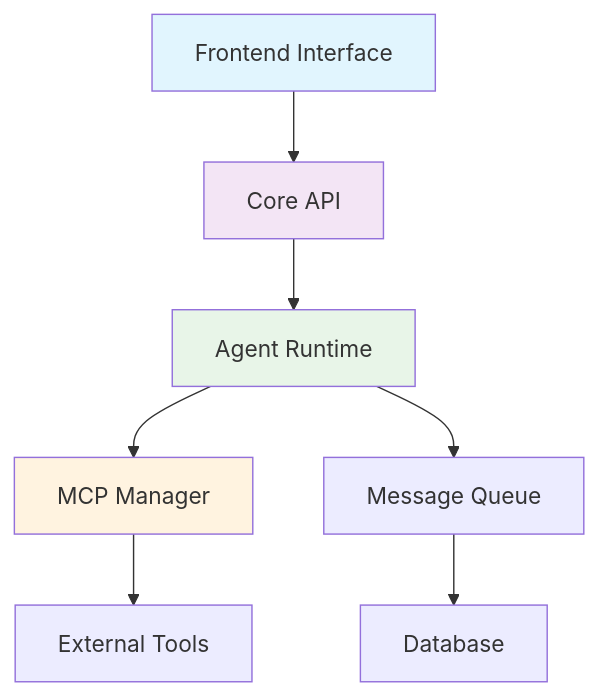
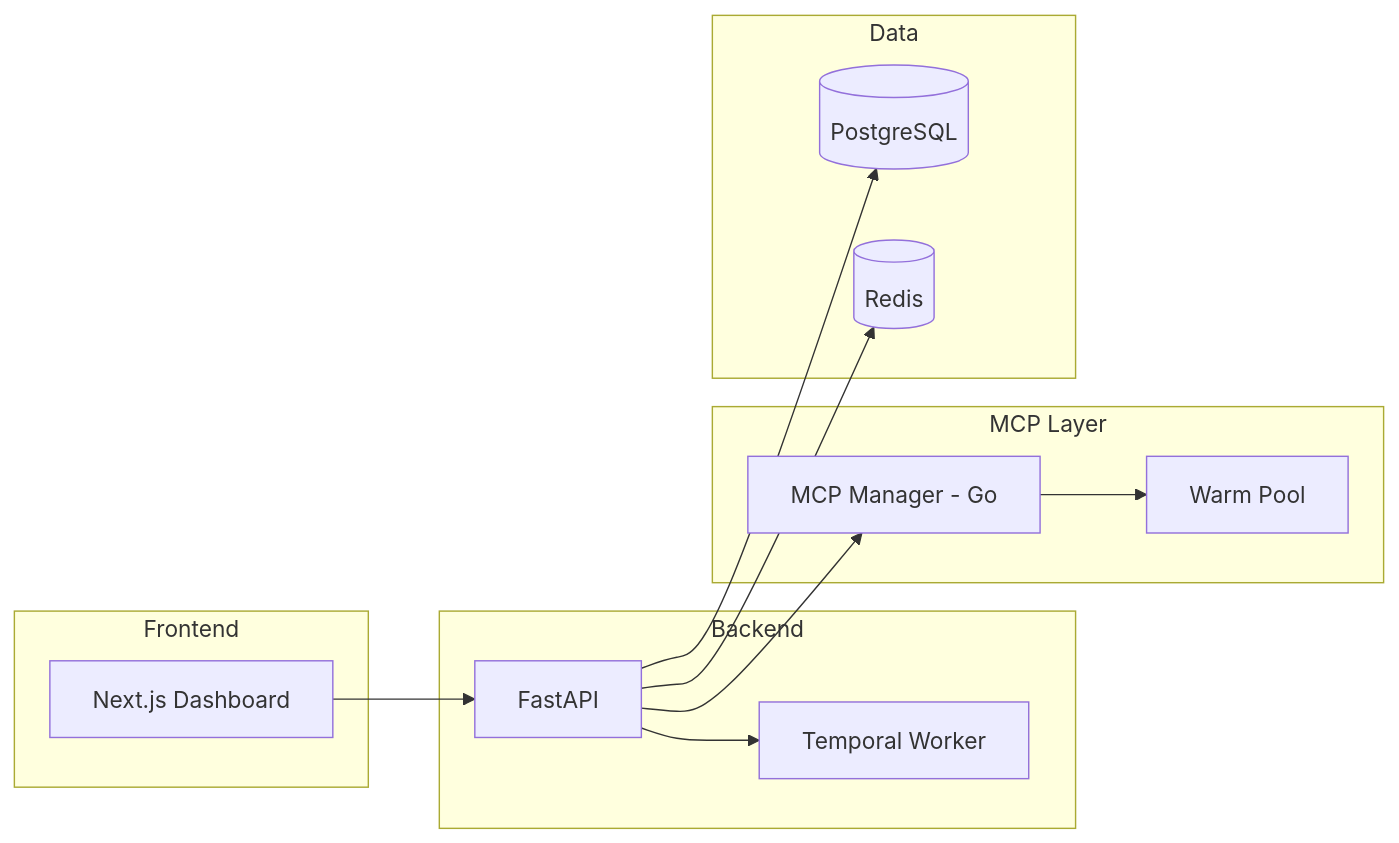
Before and after one commit to agentarea/agentarea: the diagram in docs/welcome.md, drawn with Mermaid. The commit also changed other lines of this file and 136 other files, not shown here.

First line of the commit message:
feat: MCP OAuth, Temporal lifecycle workflows, and instance management

````diff
--- a/docs/welcome.md
+++ b/docs/welcome.md
@@ -78,14 +63,28 @@
 ```mermaid
-graph TD
-    A[Frontend Interface] --> B[Core API]
-    B --> C[Agent Runtime]
-    C --> D[MCP Manager]
-    C --> E[Message Queue]
-    D --> F[External Tools]
-    E --> G[Database]
+graph LR
+    subgraph "Frontend"
+        A[Next.js Dashboard]
+    end
     
-    style A fill:#e1f5fe
-    style B fill:#f3e5f5
-    style C fill:#e8f5e8
-    style D fill:#fff3e0
+    subgraph "Backend"
+        B[FastAPI]
+        C[Temporal Worker]
+    end
+    
+    subgraph "MCP Layer"
+        D[MCP Manager - Go]
+        E[Warm Pool]
+    end
+    
+    subgraph "Data"
+        F[(PostgreSQL)]
+        G[(Redis)]
+    end
+    
+    A --> B
+    B --> C
+    B --> D
+    D --> E
+    B --> F
+    B --> G
 ```
````
